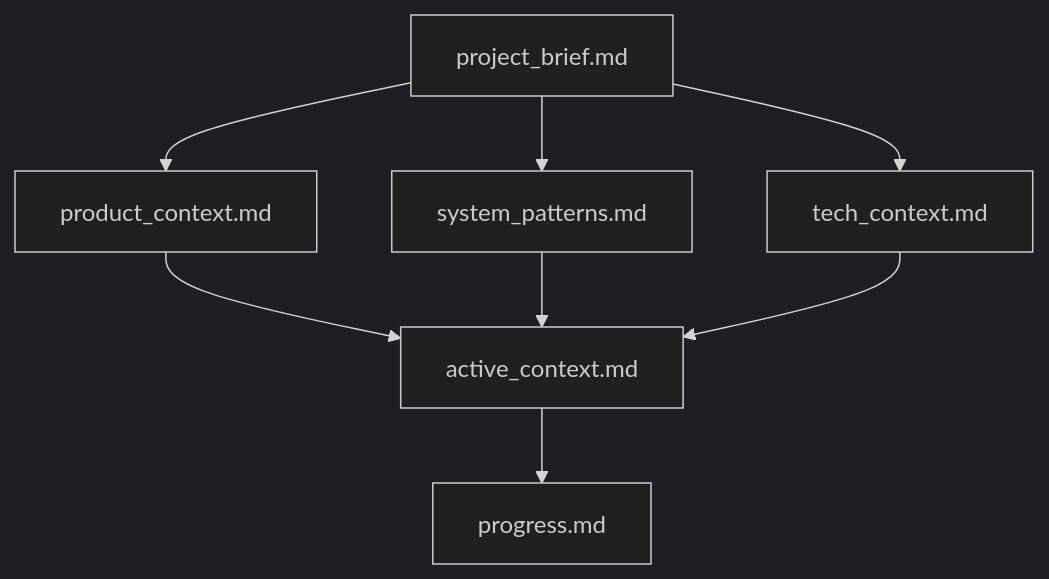
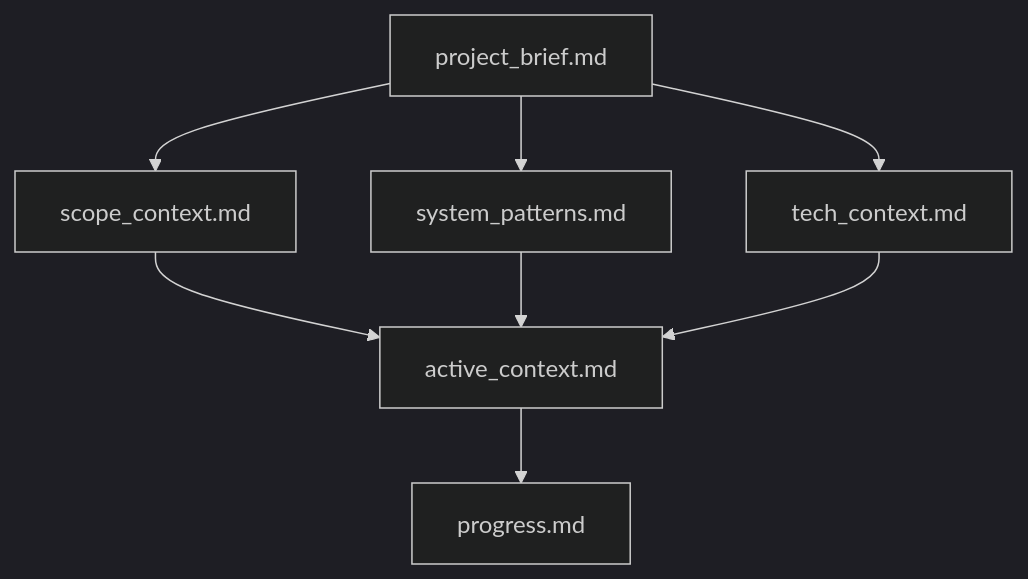
The first of 7 diagrams in user_rules.md (lucaszprado/ai-engineering), drawn with Mermaid (dark theme) before and after one commit. The commit also changed other lines of this file, not shown here.

Commit message:
Update user_rules.md
introduced the concept of product scopes

````diff
--- a/user_rules.md
+++ b/user_rules.md
@@ -12,12 +12,12 @@
 ```mermaid
 flowchart TD
-    PB[project_brief.md] --> PC[product_context.md]
+    PB[project_brief.md] --> SC[scope_context.md]
     PB --> SP[system_patterns.md]
     PB --> TC[tech_context.md]
     
-    PC --> AC[active_context.md]
+    SC --> AC[active_context.md]
     SP --> AC
     TC --> AC
     
     AC --> P[progress.md]
 ```
````
